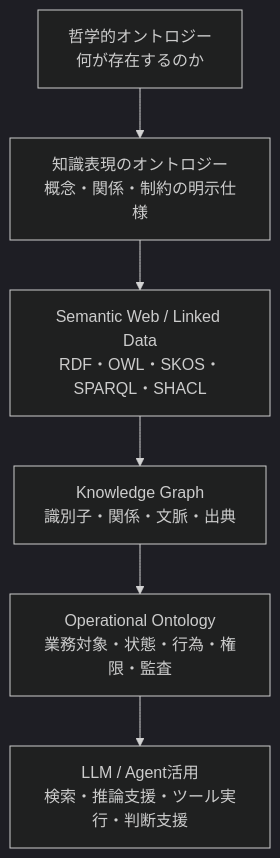
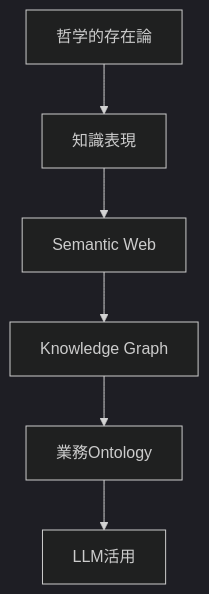
One commit to daylight55/research changed the first of 8 diagrams in src/content/blog/ontology-concept.mdx. Above: the diagram before and after it, drawn with Mermaid (dark theme). The commit also changed other lines of this file and 20 other files, not shown here.

Commit message:
Mermaid図の表示サイズを調整

````diff
--- a/src/content/blog/ontology-concept.mdx
+++ b/src/content/blog/ontology-concept.mdx
@@ -34,8 +34,8 @@
 ```mermaid
 flowchart TD
-  Phil["哲学的オントロジー<br/>何が存在するのか"] --> KR["知識表現のオントロジー<br/>概念・関係・制約の明示仕様"]
-  KR --> Web["Semantic Web / Linked Data<br/>RDF・OWL・SKOS・SPARQL・SHACL"]
-  Web --> KG["Knowledge Graph<br/>識別子・関係・文脈・出典"]
-  KG --> Ops["Operational Ontology<br/>業務対象・状態・行為・権限・監査"]
-  Ops --> AI["LLM / Agent活用<br/>検索・推論支援・ツール実行・判断支援"]
+  Phil["哲学的存在論"] --> KR["知識表現"]
+  KR --> Web["Semantic Web"]
+  Web --> KG["Knowledge Graph"]
+  KG --> Ops["業務Ontology"]
+  Ops --> AI["LLM活用"]
 ```
````
